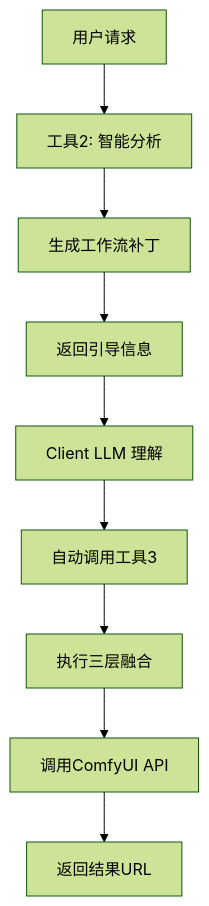
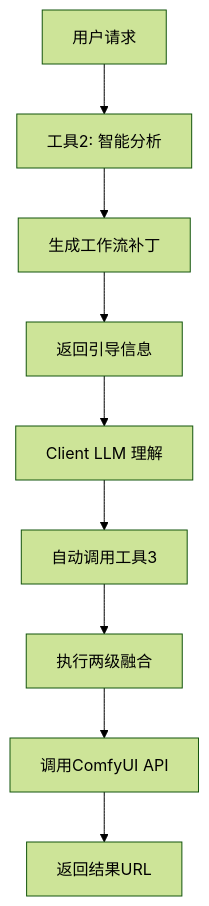
Before and after one commit to MarcusYuan/mcp-comfyui-anything: the second of 2 diagrams in README.md, drawn with Mermaid (forest theme). The commit also changed other lines of this file and 5 other files, not shown here.

````diff
--- a/README.md
+++ b/README.md
@@ -359,11 +361,11 @@
 ```mermaid
 graph TD
     A[用户请求] --> B[工具2: 智能分析]
     B --> C[生成工作流补丁]
     C --> D[返回引导信息]
     D --> E[Client LLM 理解]
     E --> F[自动调用工具3]
-    F --> G[执行三层融合]
+    F --> G[执行两级融合]
     G --> H[调用ComfyUI API]
     H --> I[返回结果URL]
 ```
````
